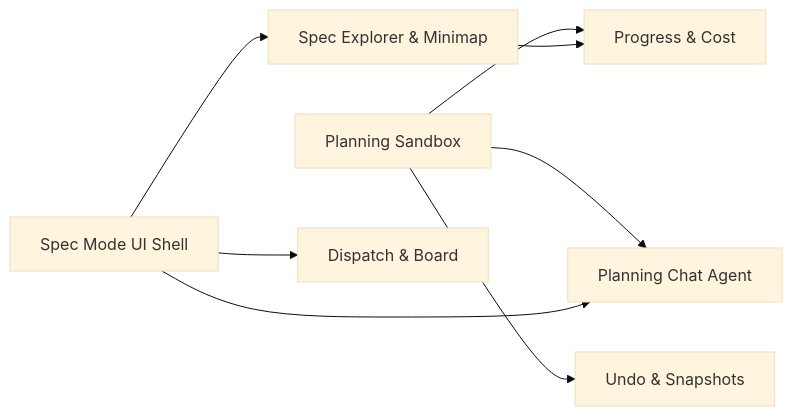
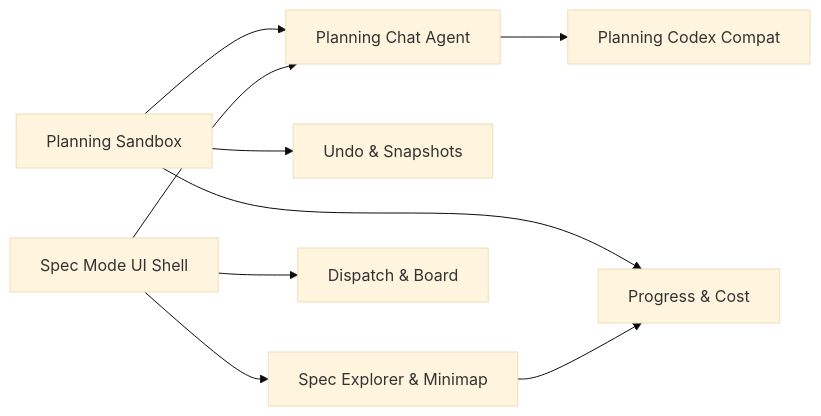
The diagram in specs/local/spec-coordination/spec-planning-ux.md (changkun/wallfacer), drawn with Mermaid (base theme) before and after one commit. The commit also changed other lines of this file and 2 other files, not shown here.

Commit message:
specs: scope planning chat to Claude Code, extract Codex compat follow-up
Narrow planning-chat-agent to Claude Code headless mode only. Create
planning-codex-compat.md as a vague follow-up spec for Codex support.
Add it to the spec-planning-ux sub-design table and dependency graph.

````diff
--- a/specs/local/spec-coordination/spec-planning-ux.md
+++ b/specs/local/spec-coordination/spec-planning-ux.md
@@ -439,10 +440,11 @@
 ```mermaid
 graph LR
   A[Planning Sandbox] --> D[Planning Chat Agent]
   A --> F[Undo & Snapshots]
   A --> G[Progress & Cost]
   B[Spec Mode UI Shell] --> C[Spec Explorer & Minimap]
   B --> D
   B --> E[Dispatch & Board]
   C --> G
+  D --> H[Planning Codex Compat]
 ```
````
